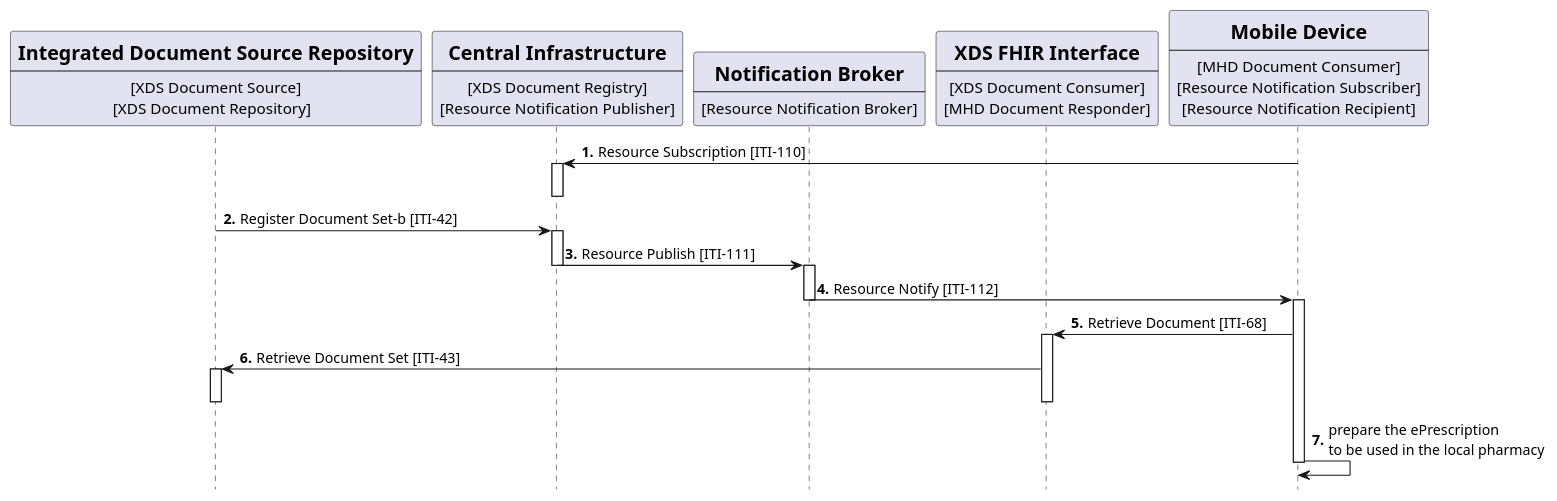
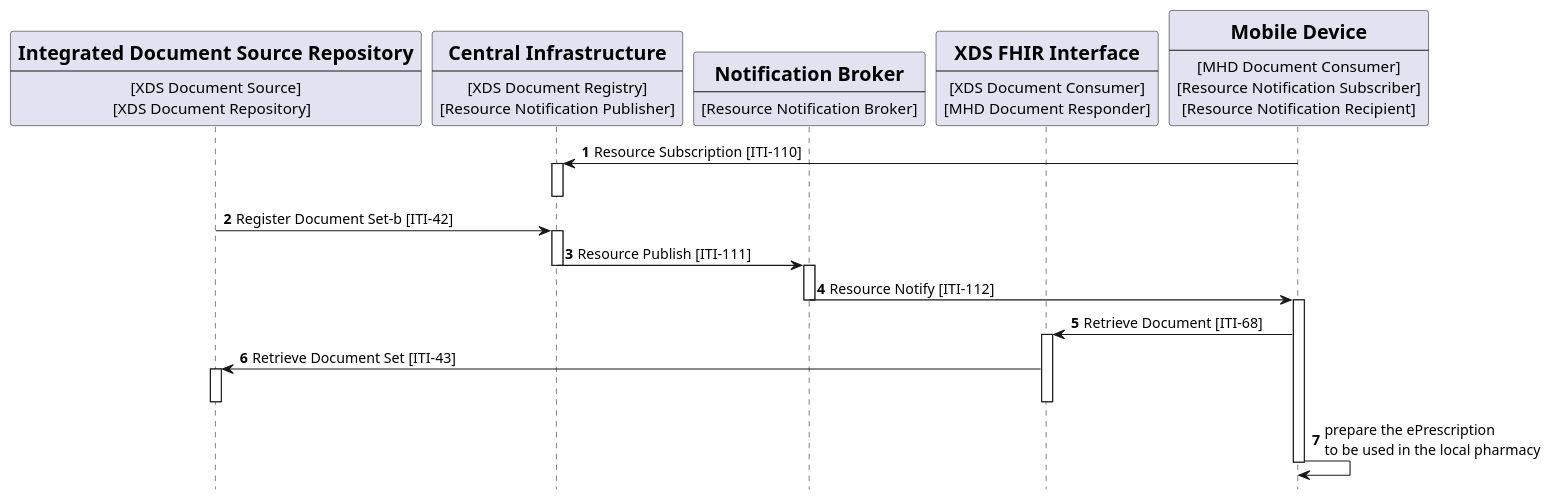
Before and after one commit to IHE/ITI.DSUBm: the diagram in input/images-source/usecase3-processflow.plantuml, drawn with PlantUML. The commit also changed 5 other files, not shown here.

```diff
--- a/input/images-source/usecase3-processflow.plantuml
+++ b/input/images-source/usecase3-processflow.plantuml
@@ -1,64 +1,64 @@
 @startuml
 skinparam svgDimensionStyle false
 hide footbox
 /'title "Subscription with DSUBm on MHD on FHIR infrastructure from Mobile Device" '/
 
 participant Repository [
     =Integrated Document Source Repository
     ----
     [XDS Document Source]
     [XDS Document Repository]  
 ] 
 
 participant Central [
     =Central Infrastructure
     ----
     [XDS Document Registry]
     [Resource Notification Publisher]
 ] 
 
 participant Broker [
     =Notification Broker
     ----
     [Resource Notification Broker]
 ] 
 
 participant XDSonFHIR [
     =XDS FHIR Interface
     ----
     [XDS Document Consumer]
     [MHD Document Responder]
 ] 
 
 participant MobileDevice [
     =Mobile Device
     ----
     [MHD Document Consumer]
     [Resource Notification Subscriber]
     [Resource Notification Recipient]
 ] 
-autonumber 1 "<b>."
+autonumber 1 "<b>"
 MobileDevice -> Central: Resource Subscription [ITI-110]
 activate Central
 deactivate Central
 
 Repository -> Central: Register Document Set-b [ITI-42]
 activate Central
 Central -> Broker :  Resource Publish [ITI-111]
 deactivate Central
 activate Broker
 Broker -> MobileDevice: Resource Notify [ITI-112]
 deactivate Broker
 
 activate MobileDevice
 MobileDevice -> XDSonFHIR: Retrieve Document [ITI-68]
 activate XDSonFHIR
 XDSonFHIR -> Repository: Retrieve Document Set [ITI-43]
 activate Repository
 deactivate XDSonFHIR
 deactivate Repository
 MobileDevice -> MobileDevice: prepare the ePrescription\nto be used in the local pharmacy
 deactivate MobileDevice
 
 
 @enduml
```
